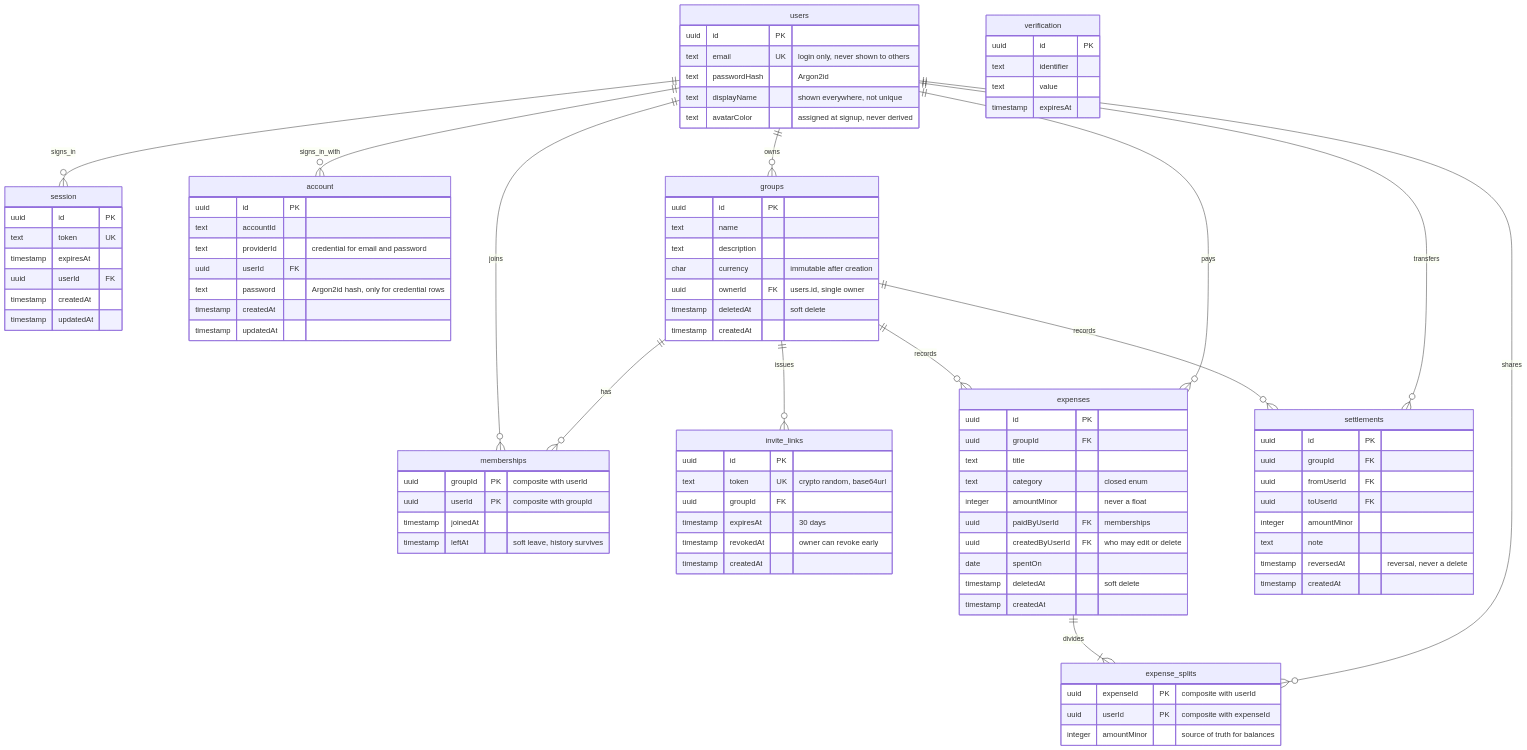
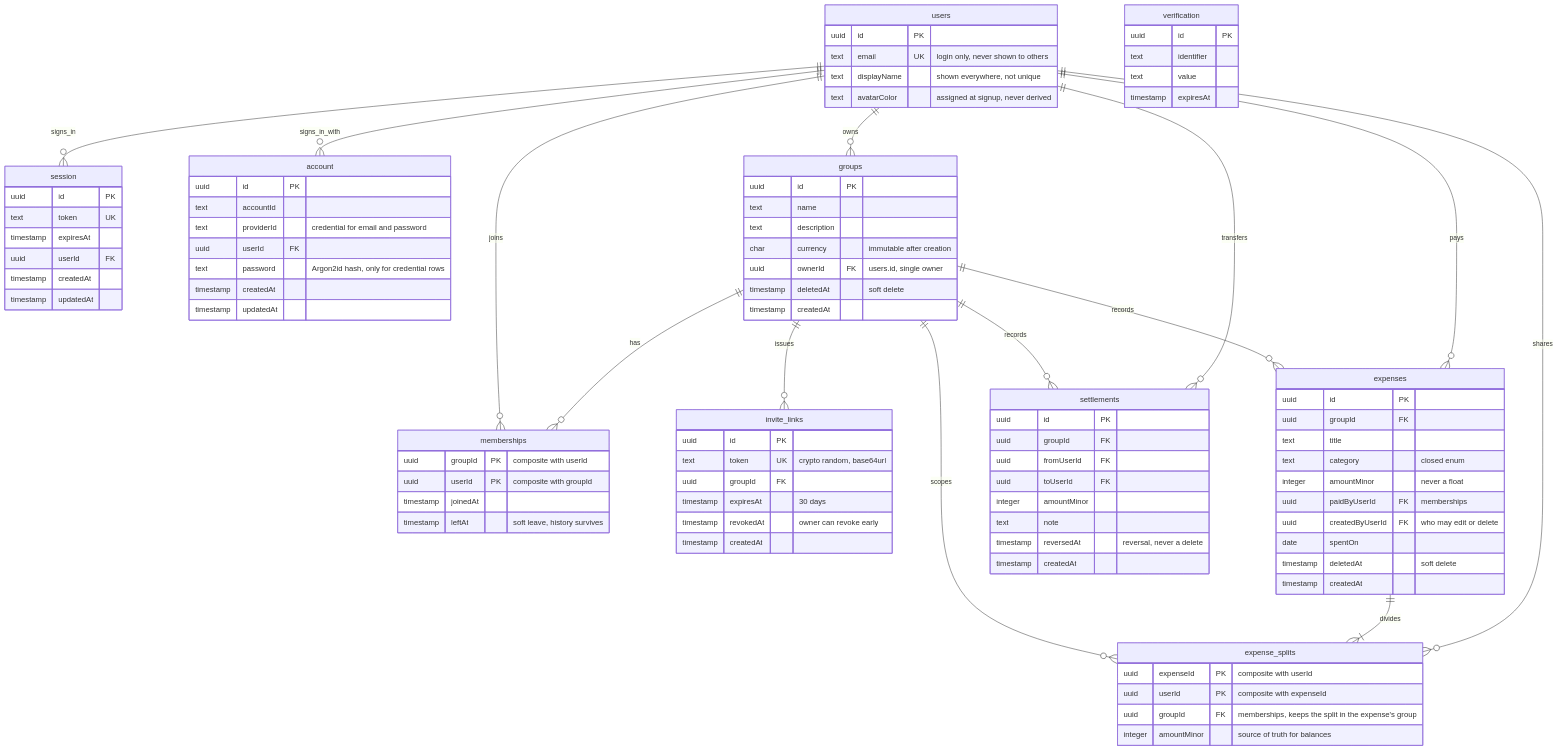
The diagram in docs/data-model.md (FilipRokita/evencost), drawn with Mermaid before and after one commit. The commit also changed other lines of this file and 39 other files, not shown here.

```diff
--- a/docs/data-model.md
+++ b/docs/data-model.md
@@ -15,6 +15,7 @@
     groups ||--o{ invite_links : issues
     groups ||--o{ expenses : records
     groups ||--o{ settlements : records
+    groups ||--o{ expense_splits : scopes
     expenses ||--|{ expense_splits : divides
     users ||--o{ expense_splits : shares
     users ||--o{ expenses : pays
@@ -23,7 +24,6 @@
     users {
         uuid id PK
         text email UK "login only, never shown to others"
-        text passwordHash "Argon2id"
         text displayName "shown everywhere, not unique"
         text avatarColor "assigned at signup, never derived"
     }
@@ -70,6 +70,7 @@
     expense_splits {
         uuid expenseId PK "composite with userId"
         uuid userId PK "composite with expenseId"
+        uuid groupId FK "memberships, keeps the split in the expense's group"
         integer amountMinor "source of truth for balances"
     }
 
```
